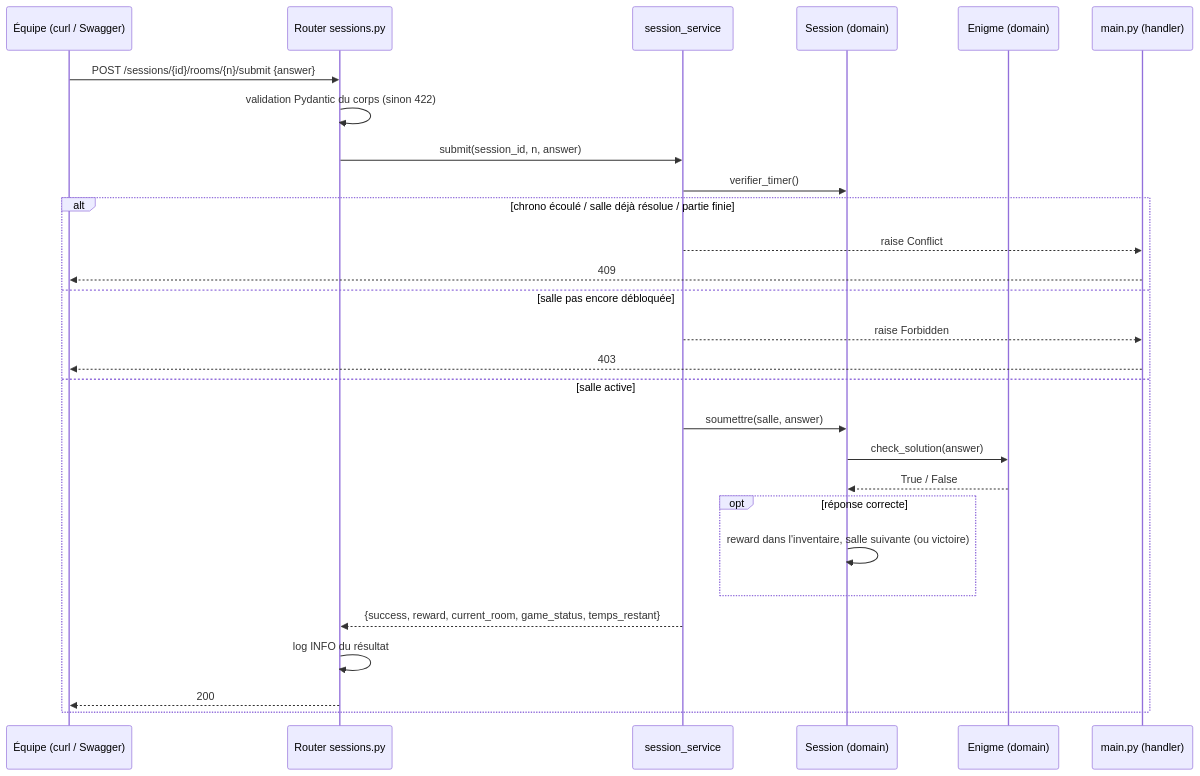
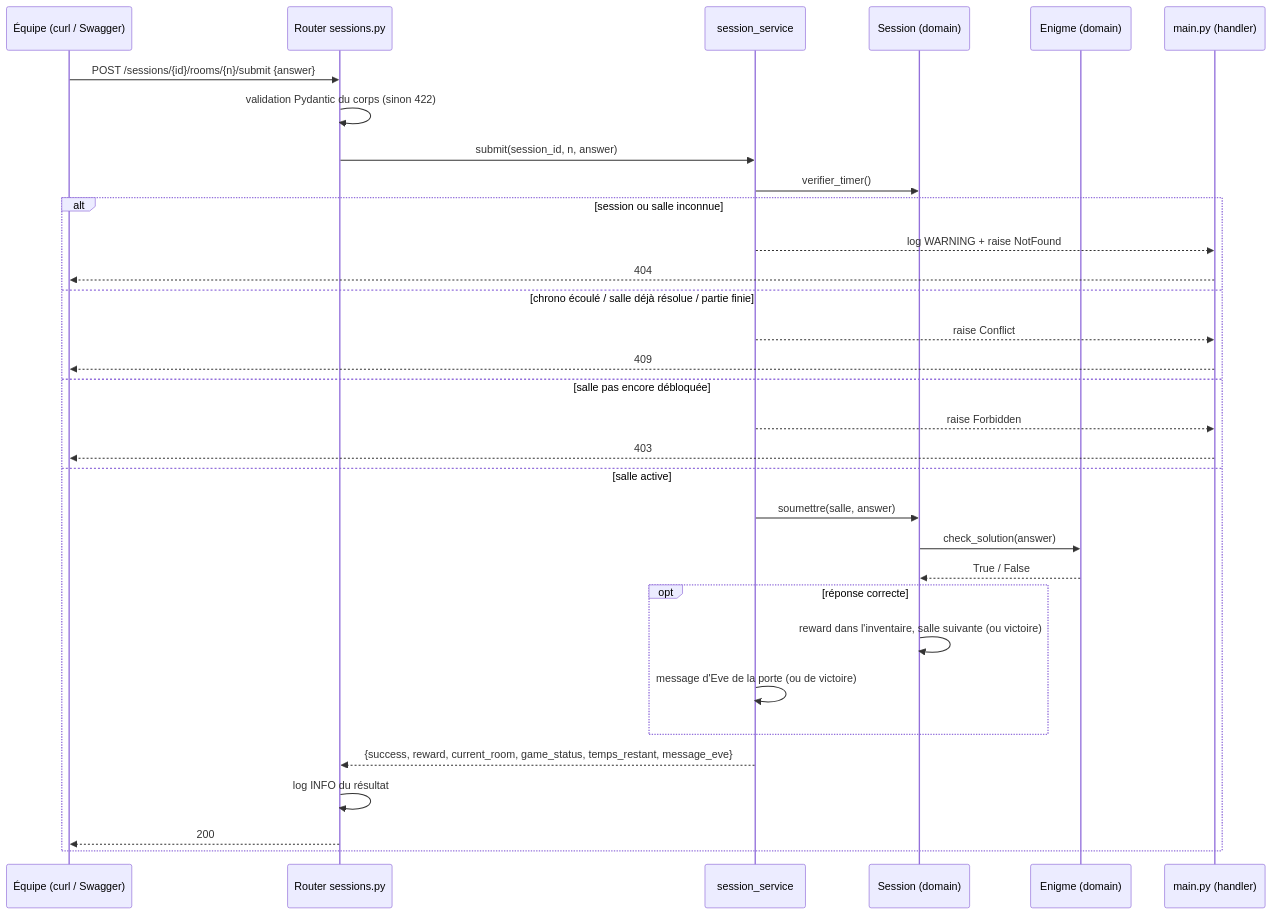
One commit to Benjylem/Python-FastAPI changed the second of 4 diagrams in R00t_Override/docs/architecture.md. Above: the diagram before and after it, drawn with Mermaid. The commit also changed other lines of this file and 2 other files, not shown here.

````diff
--- a/R00t_Override/docs/architecture.md
+++ b/R00t_Override/docs/architecture.md
@@ -37,31 +37,35 @@
 ```mermaid
 sequenceDiagram
     participant Equipe as Équipe (curl / Swagger)
     participant API as Router sessions.py
     participant Svc as session_service
     participant Session as Session (domain)
     participant Enigme as Enigme (domain)
     participant Main as main.py (handler)
 
     Equipe->>API: POST /sessions/{id}/rooms/{n}/submit {answer}
     API->>API: validation Pydantic du corps (sinon 422)
     API->>Svc: submit(session_id, n, answer)
     Svc->>Session: verifier_timer()
-    alt chrono écoulé / salle déjà résolue / partie finie
+    alt session ou salle inconnue
+        Svc-->>Main: log WARNING + raise NotFound
+        Main-->>Equipe: 404
+    else chrono écoulé / salle déjà résolue / partie finie
         Svc-->>Main: raise Conflict
         Main-->>Equipe: 409
     else salle pas encore débloquée
         Svc-->>Main: raise Forbidden
         Main-->>Equipe: 403
     else salle active
         Svc->>Session: soumettre(salle, answer)
         Session->>Enigme: check_solution(answer)
         Enigme-->>Session: True / False
         opt réponse correcte
             Session->>Session: reward dans l'inventaire, salle suivante (ou victoire)
+            Svc->>Svc: message d'Eve de la porte (ou de victoire)
         end
-        Svc-->>API: {success, reward, current_room, game_status, temps_restant}
+        Svc-->>API: {success, reward, current_room, game_status, temps_restant, message_eve}
         API->>API: log INFO du résultat
         API-->>Equipe: 200
     end
 ```
````
